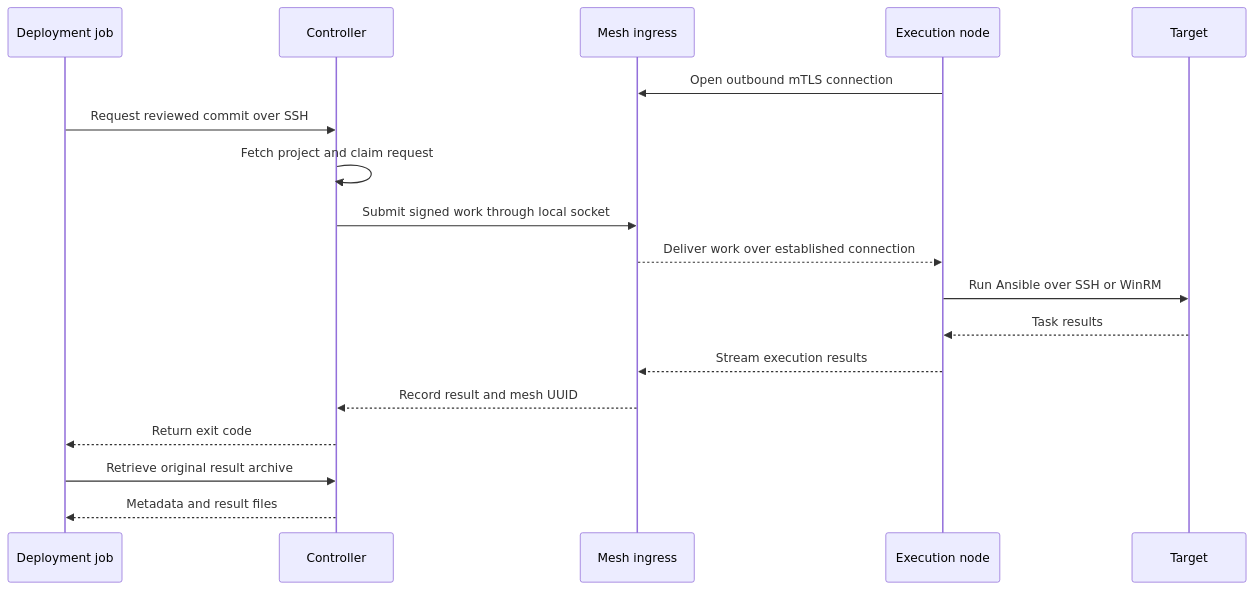
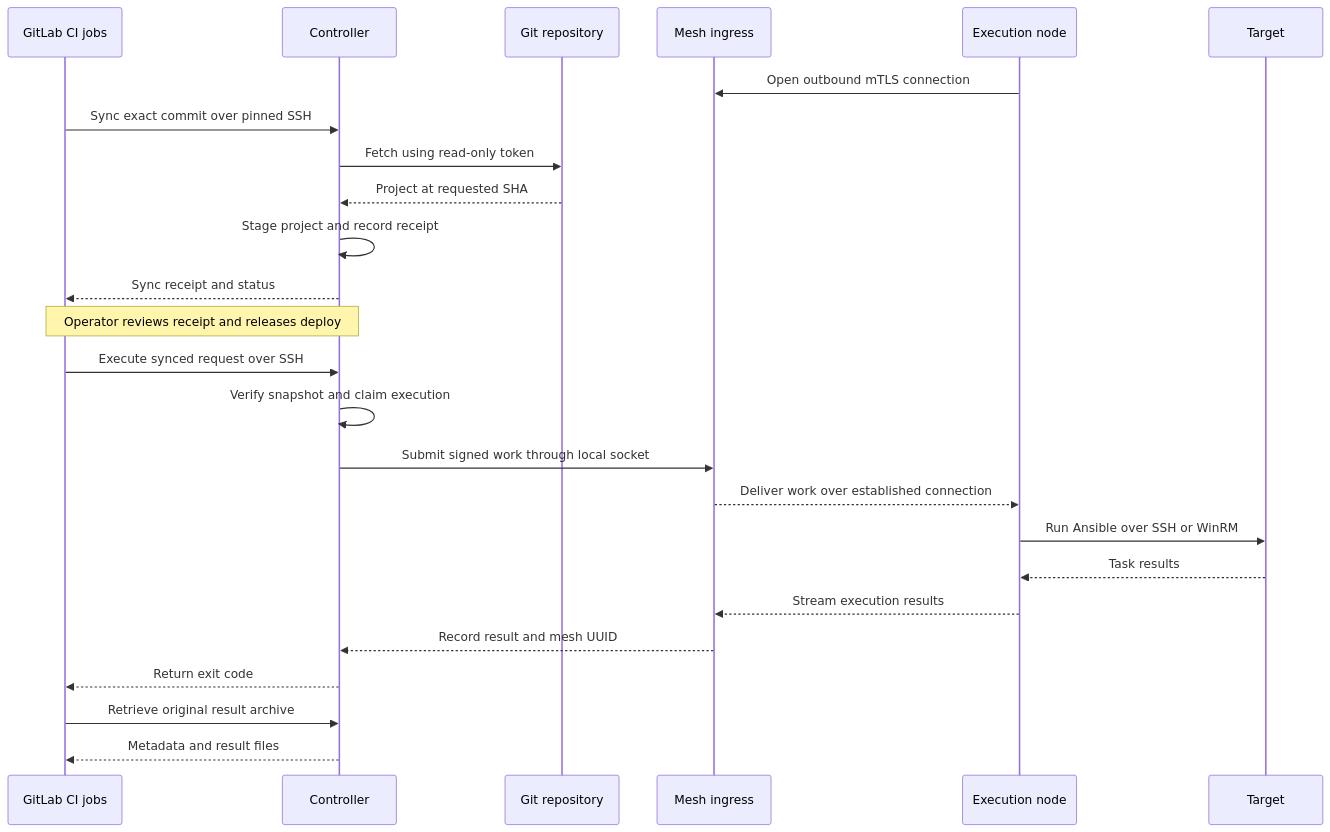
Before and after one commit to allamiro/ansible-controller: the diagram in gitlab/diagrams/mesh.mmd, drawn with Mermaid. The commit also changed 40 other files, not shown here.

First line of the commit message:
docs: simplify README and document GitLab project lifecycle (#122)

```diff
--- a/gitlab/diagrams/mesh.mmd
+++ b/gitlab/diagrams/mesh.mmd
@@ -1,18 +1,27 @@
 sequenceDiagram
-    participant J as Deployment job
+    accTitle: GitLab sync and mesh execution
+    accDescr: CI requests sync over SSH. The controller fetches once and returns a receipt. After manual release it verifies the staged project and dispatches signed work over the node's established outbound mTLS connection.
+    participant J as GitLab CI jobs
     participant C as Controller
+    participant G as Git repository
     participant I as Mesh ingress
     participant N as Execution node
     participant T as Target
     N->>I: Open outbound mTLS connection
-    J->>C: Request reviewed commit over SSH
-    C->>C: Fetch project and claim request
+    J->>C: Sync exact commit over pinned SSH
+    C->>G: Fetch using read-only token
+    G-->>C: Project at requested SHA
+    C->>C: Stage project and record receipt
+    C-->>J: Sync receipt and status
+    Note over J,C: Operator reviews receipt and releases deploy
+    J->>C: Execute synced request over SSH
+    C->>C: Verify snapshot and claim execution
     C->>I: Submit signed work through local socket
     I-->>N: Deliver work over established connection
     N->>T: Run Ansible over SSH or WinRM
     T-->>N: Task results
     N-->>I: Stream execution results
     I-->>C: Record result and mesh UUID
     C-->>J: Return exit code
     J->>C: Retrieve original result archive
     C-->>J: Metadata and result files
```
